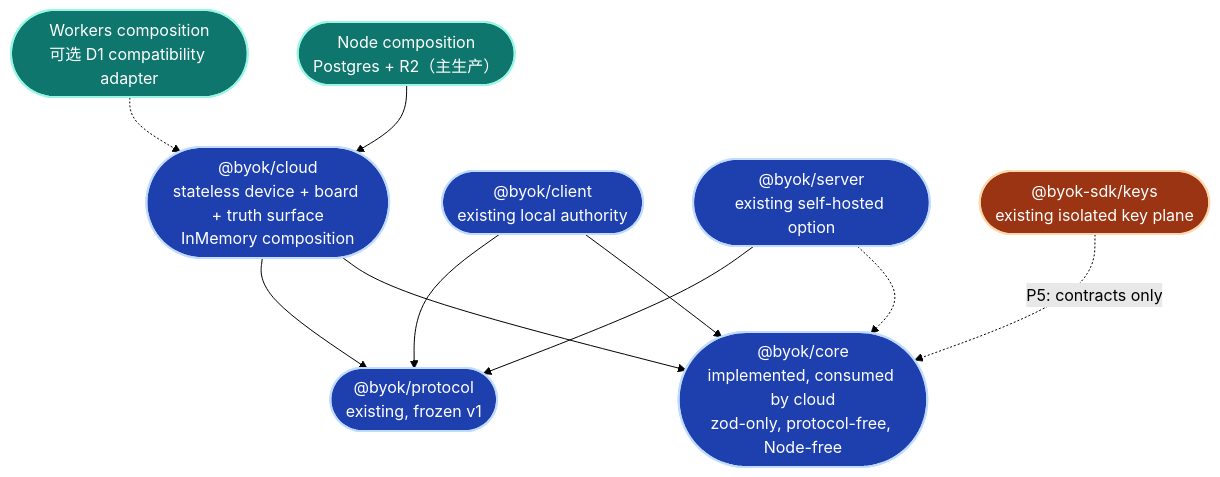
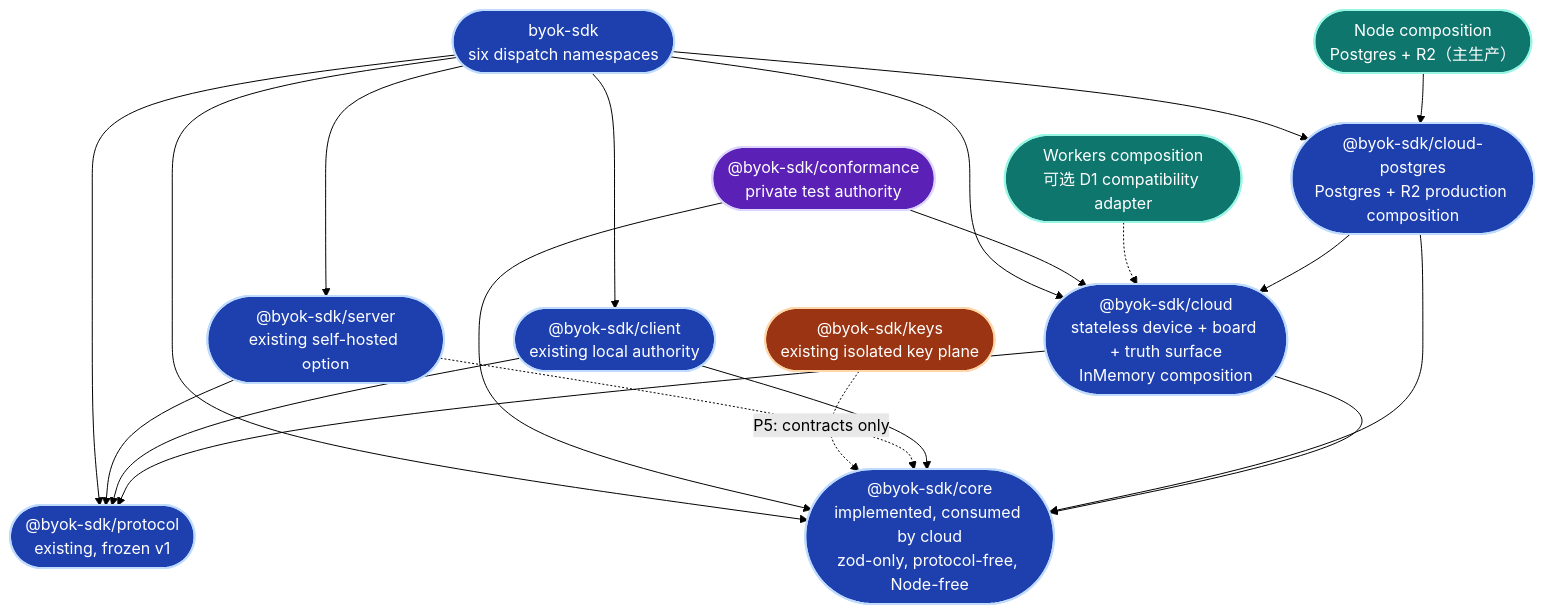
One commit to Ancienttwo/byok-sdk changed diagram 16 of 23 in docs/architecture/sdk-architecture.md. Above: the diagram before and after it, drawn with Mermaid (forest theme). The commit also changed other lines of this file and 302 other files, not shown here.

Commit message:
feat(release): prepare full BYOK SDK npm graph

````diff
--- a/docs/architecture/sdk-architecture.md
+++ b/docs/architecture/sdk-architecture.md
@@ -936,26 +954,39 @@
 ```mermaid
 flowchart TB
   classDef existing fill:#1e40af,stroke:#bfdbfe,stroke-width:2px,color:#fff
   classDef planned fill:#5b21b6,stroke:#ddd6fe,stroke-width:2px,color:#fff
   classDef isolated fill:#9a3412,stroke:#fed7aa,stroke-width:2px,color:#fff
   classDef deploy fill:#0f766e,stroke:#99f6e4,stroke-width:2px,color:#fff
 
-  Protocol(["@byok/protocol<br/>existing, frozen v1"]):::existing
-  Core(["@byok/core<br/>implemented, consumed by cloud<br/>zod-only, protocol-free, Node-free"]):::existing
-  Cloud(["@byok/cloud<br/>stateless device + board + truth surface<br/>InMemory composition"]):::existing
-  Client(["@byok/client<br/>existing local authority"]):::existing
-  Server(["@byok/server<br/>existing self-hosted option"]):::existing
+  Protocol(["@byok-sdk/protocol<br/>existing, frozen v1"]):::existing
+  Core(["@byok-sdk/core<br/>implemented, consumed by cloud<br/>zod-only, protocol-free, Node-free"]):::existing
+  Cloud(["@byok-sdk/cloud<br/>stateless device + board + truth surface<br/>InMemory composition"]):::existing
+  CloudPg(["@byok-sdk/cloud-postgres<br/>Postgres + R2 production composition"]):::existing
+  Client(["@byok-sdk/client<br/>existing local authority"]):::existing
+  Server(["@byok-sdk/server<br/>existing self-hosted option"]):::existing
+  SDK(["byok-sdk<br/>six dispatch namespaces"]):::existing
+  Conformance(["@byok-sdk/conformance<br/>private test authority"]):::planned
   Keys(["@byok-sdk/keys<br/>existing isolated key plane"]):::isolated
   Node(["Node composition<br/>Postgres + R2（主生产）"]):::deploy
   Workers(["Workers composition<br/>可选 D1 compatibility adapter"]):::deploy
 
   Cloud --> Core
   Cloud --> Protocol
+  CloudPg --> Cloud
+  CloudPg --> Core
   Client --> Core
   Client --> Protocol
   Server -.-> Core
   Server --> Protocol
   Keys -.->|"P5: contracts only"| Core
-  Node --> Cloud
+  Node --> CloudPg
   Workers -.-> Cloud
+  Conformance --> Cloud
+  Conformance --> Core
+  SDK --> Protocol
+  SDK --> Server
+  SDK --> Client
+  SDK --> Core
+  SDK --> Cloud
+  SDK --> CloudPg
 ```
````
